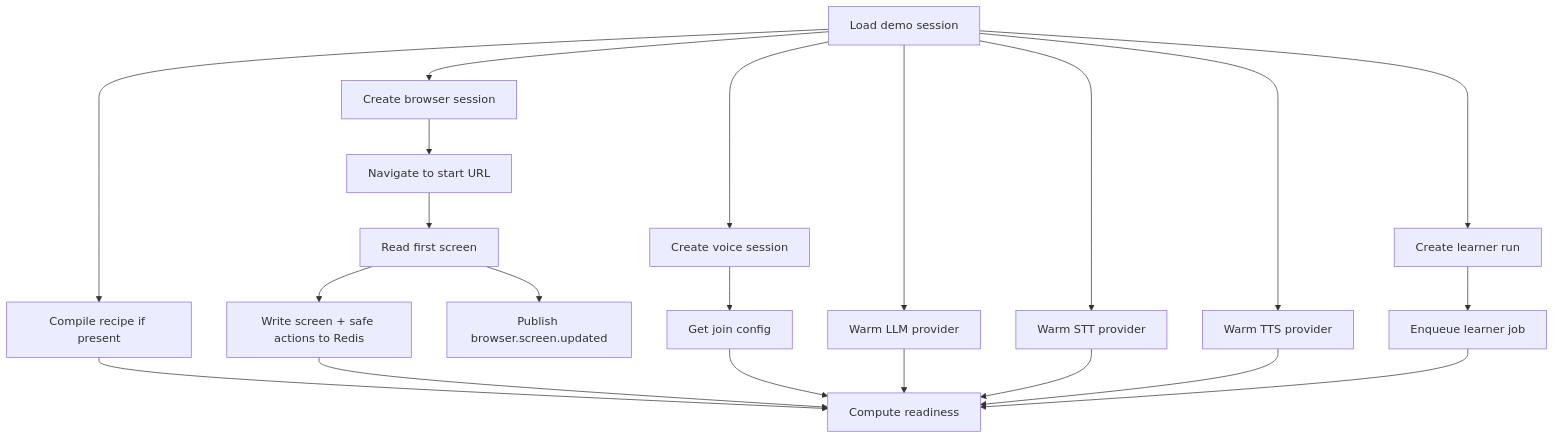
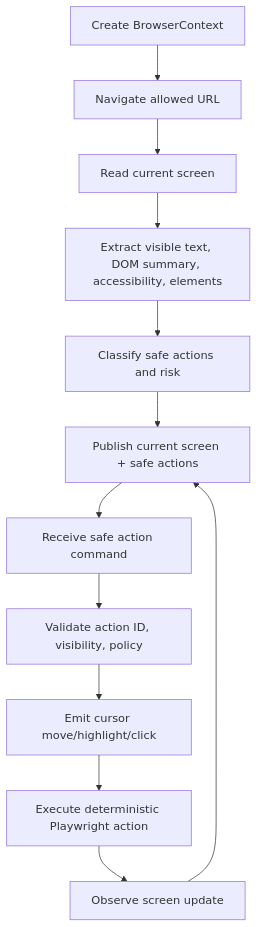
One commit to roshaninfordham/personalised-demo-ai-agent changed the fifth of 9 diagrams in docs/architecture/system-design.md. Above: the diagram before and after it, drawn with Mermaid. The commit also changed other lines of this file and 61 other files, not shown here.

````diff
--- a/docs/architecture/system-design.md
+++ b/docs/architecture/system-design.md
@@ -117,27 +181,14 @@
 ```mermaid
-flowchart TD
-    Load["Load demo session"] --> Compile["Compile recipe if present"]
-    Load --> BrowserCreate["Create browser session"]
-    BrowserCreate --> Navigate["Navigate to start URL"]
-    Navigate --> ReadScreen["Read first screen"]
-    ReadScreen --> RedisScreen["Write screen + safe actions to Redis"]
-    ReadScreen --> ScreenEvent["Publish browser.screen.updated"]
-
-    Load --> VoiceCreate["Create voice session"]
-    VoiceCreate --> Join["Get join config"]
-
-    Load --> LLM["Warm LLM provider"]
-    Load --> STT["Warm STT provider"]
-    Load --> TTS["Warm TTS provider"]
-
-    Load --> LearnerRun["Create learner run"]
-    LearnerRun --> LearnerJob["Enqueue learner job"]
-
-    Compile --> Readiness["Compute readiness"]
-    RedisScreen --> Readiness
-    Join --> Readiness
-    LLM --> Readiness
-    STT --> Readiness
-    TTS --> Readiness
-    LearnerJob --> Readiness
+flowchart TB
+    Create["Create BrowserContext"] --> Navigate["Navigate allowed URL"]
+    Navigate --> Read["Read current screen"]
+    Read --> Extract["Extract visible text, DOM summary, accessibility, elements"]
+    Extract --> Classify["Classify safe actions and risk"]
+    Classify --> Redis["Publish current screen + safe actions"]
+    Redis --> Command["Receive safe action command"]
+    Command --> Validate["Validate action ID, visibility, policy"]
+    Validate --> Cursor["Emit cursor move/highlight/click"]
+    Cursor --> Playwright["Execute deterministic Playwright action"]
+    Playwright --> Observe["Observe screen update"]
+    Observe --> Redis
 ```
````
